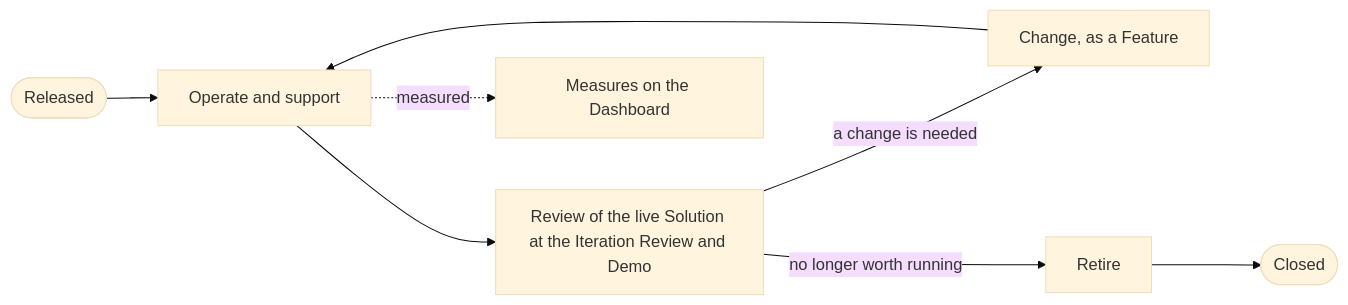
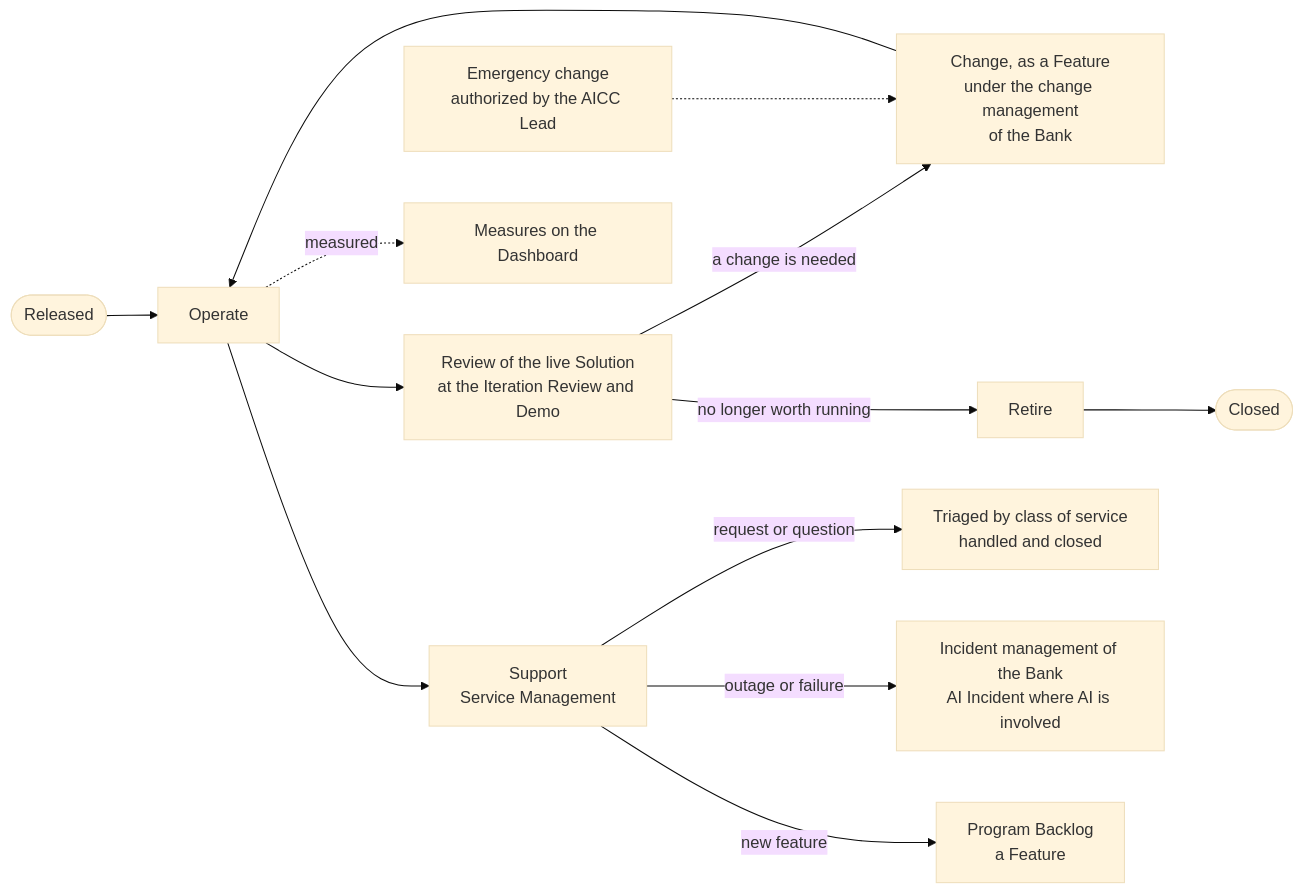
One commit to devhogu/ob-aicc changed the eighth of 8 diagrams in charter/workflows/service-delivery.md. Above: the diagram before and after it, drawn with Mermaid (base theme). The commit also changed other lines of this file and 200 other files, not shown here.

````diff
--- a/charter/workflows/service-delivery.md
+++ b/charter/workflows/service-delivery.md
@@ -171,10 +209,15 @@
 ```mermaid
 flowchart LR
-  R(["Released"]) --> O["Operate and support"]
-  O --> RV["Review of the live Solution at the Iteration Review and Demo"]
-  RV -->|a change is needed| C["Change, as a Feature"]
+  R(["Released"]) --> O["Operate"]
+  O --> RV["Review of the live Solution<br/>at the Iteration Review and Demo"]
+  RV -->|"a change is needed"| C["Change, as a Feature<br/>under the change management<br/>of the Bank"]
   C --> O
-  RV -->|no longer worth running| X["Retire"]
+  EM["Emergency change<br/>authorized by the AICC Lead"] -.-> C
+  RV -->|"no longer worth running"| X["Retire"]
   X --> Z(["Closed"])
-  O -.measured.-> M["Measures on the Dashboard"]
+  O -.->|"measured"| M["Measures on the Dashboard"]
+  O --> SP["Support<br/>Service Management"]
+  SP -->|"request or question"| H["Triaged by class of service<br/>handled and closed"]
+  SP -->|"outage or failure"| IM["Incident management of the Bank<br/>AI Incident where AI is involved"]
+  SP -->|"new feature"| PB["Program Backlog<br/>a Feature"]
 ```
````
